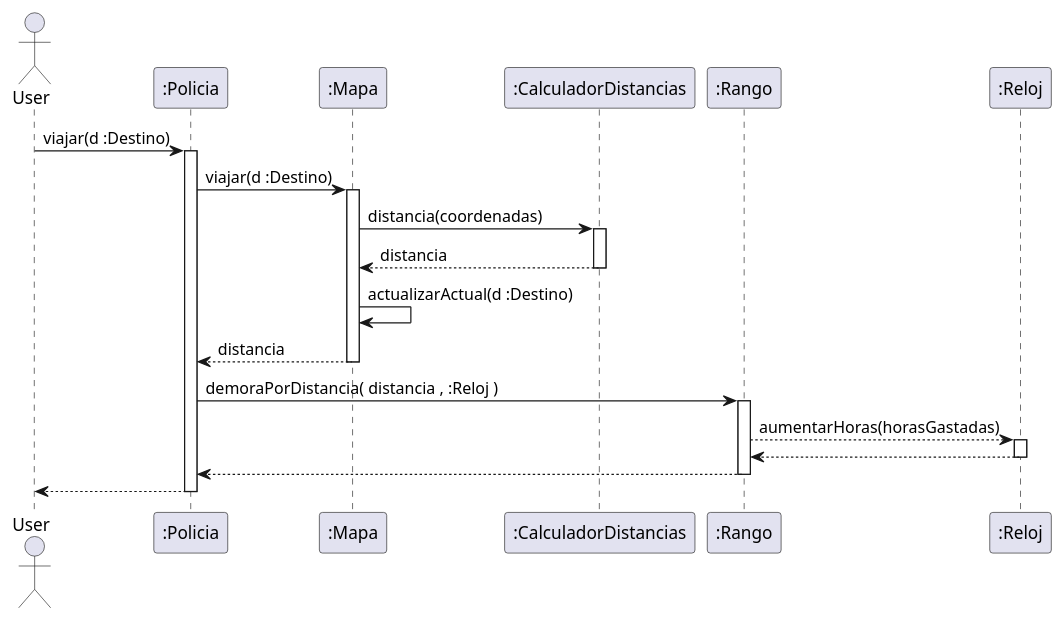
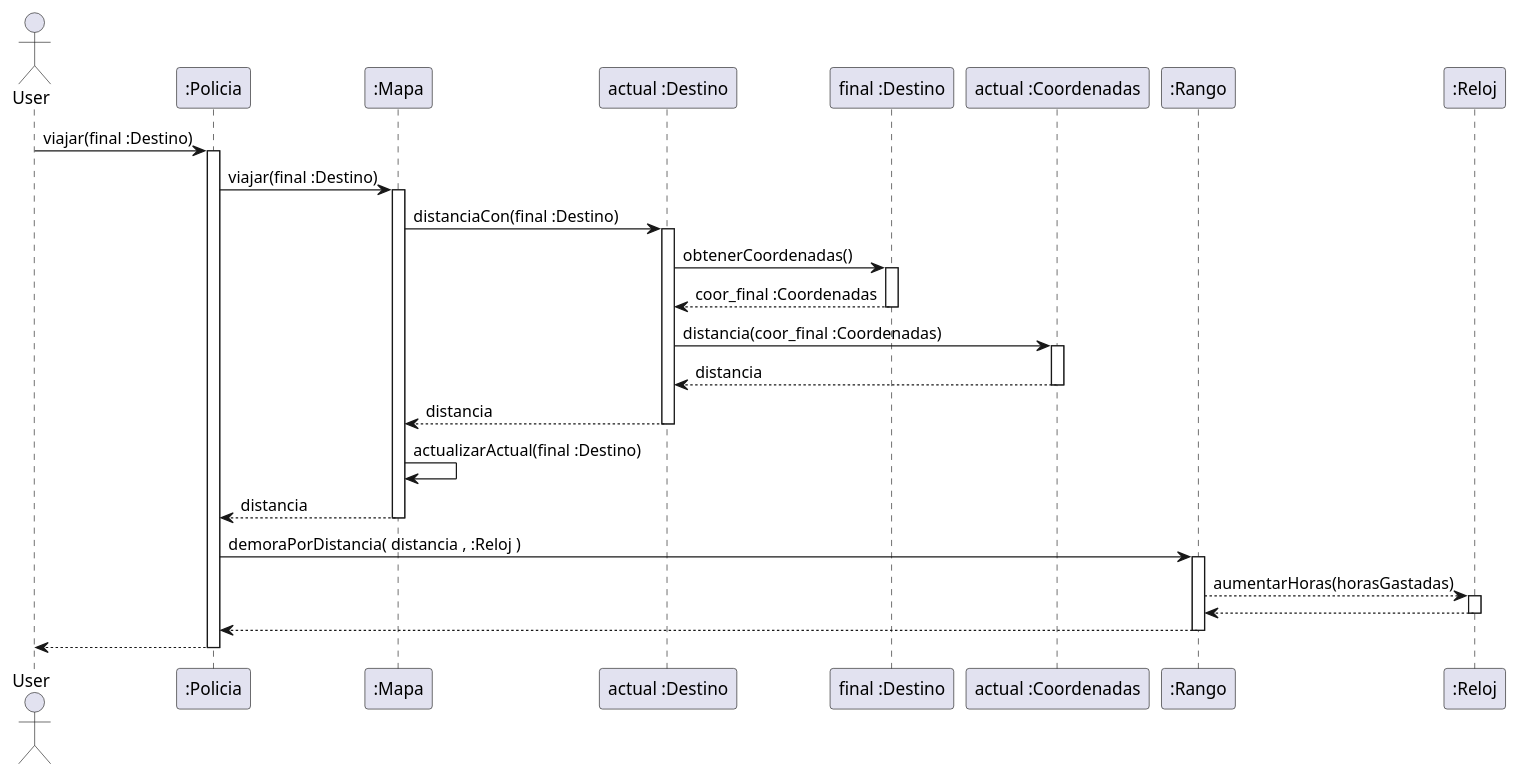
The diagram in diagrams/sequences/viajarDestinoSecuencia.plantuml (Nicolas-Bravo/algo3_tp2), drawn with PlantUML before and after one commit. The commit also changed 3 other files, not shown here.

Commit message:
diagrama viaje

```diff
--- a/diagrams/sequences/viajarDestinoSecuencia.plantuml
+++ b/diagrams/sequences/viajarDestinoSecuencia.plantuml
@@ -1,37 +1,49 @@
 @startuml
 
 Actor User
 
-User -> ":Policia" : viajar(d :Destino)
+User -> ":Policia" : viajar(final :Destino)
 Activate ":Policia"
 
-":Policia" -> ":Mapa" : viajar(d :Destino)
+":Policia" -> ":Mapa" : viajar(final :Destino)
 activate ":Mapa"
 
-":Mapa" -> ":CalculadorDistancias" : distancia(coordenadas)
-activate ":CalculadorDistancias"
+":Mapa" -> "actual :Destino" : distanciaCon(final :Destino)
+activate "actual :Destino"
 
-":CalculadorDistancias" --> ":Mapa" : distancia
-deactivate ":CalculadorDistancias"
+"actual :Destino" -> "final :Destino" : obtenerCoordenadas()
+activate "final :Destino"
 
-":Mapa" -> ":Mapa" : actualizarActual(d :Destino)
+"final :Destino" --> "actual :Destino" : coor_final :Coordenadas
+deactivate "final :Destino"
+
+"actual :Destino" -> "actual :Coordenadas" : distancia(coor_final :Coordenadas)
+activate "actual :Coordenadas"
+
+"actual :Coordenadas" --> "actual :Destino" : distancia
+deactivate "actual :Coordenadas"
+
+"actual :Destino" --> ":Mapa" : distancia
+deactivate "actual :Destino"
+
+":Mapa" -> ":Mapa" : actualizarActual(final :Destino)
 
 ":Mapa" --> ":Policia" : distancia
 deactivate ":Mapa"
 
 ":Policia" -> ":Rango" : demoraPorDistancia( distancia , :Reloj )
 activate ":Rango"
 
 ":Rango" --> ":Reloj" : aumentarHoras(horasGastadas)
 activate ":Reloj"
 
 ":Reloj" --> ":Rango"
 deactivate ":Reloj"
 
 ":Rango" --> ":Policia"
 deactivate ":Rango"
 
 ":Policia" --> User
 deactivate ":Policia"
 
 @enduml
```
